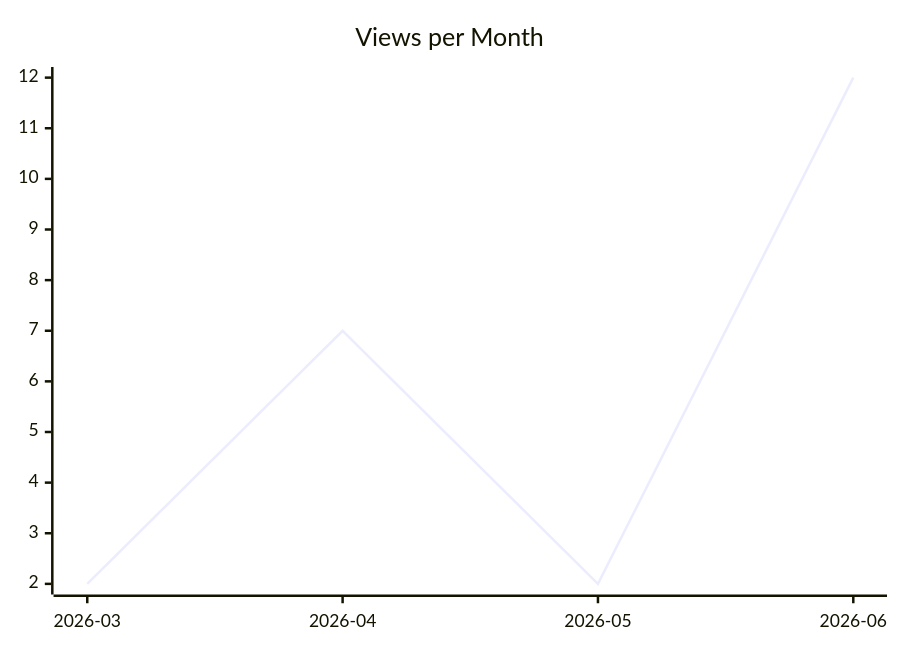
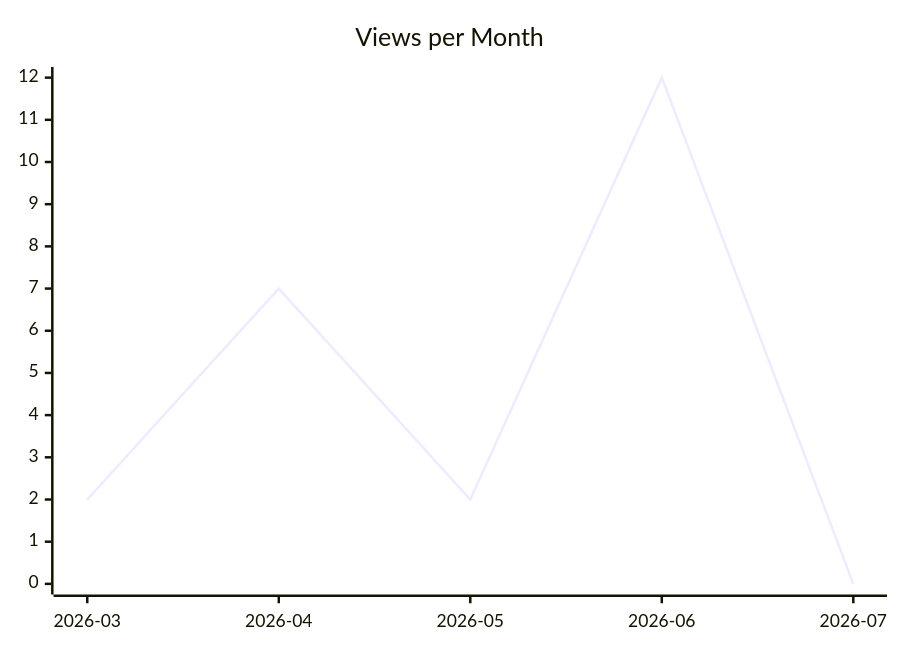
The second of 3 diagrams in karlmdavis/fhir-benchmarks/README.md (justdavis-family/github-analytics-data), drawn with Mermaid before and after one commit. The commit also changed other lines of this file and 199 other files, not shown here.

````diff
--- a/karlmdavis/fhir-benchmarks/README.md
+++ b/karlmdavis/fhir-benchmarks/README.md
@@ -12,6 +12,6 @@
 ```mermaid
 xychart-beta
   title "Views per Month"
-  x-axis ["2026-03", "2026-04", "2026-05", "2026-06"]
-  line [2, 7, 2, 12]
+  x-axis ["2026-03", "2026-04", "2026-05", "2026-06", "2026-07"]
+  line [2, 7, 2, 12, 0]
 ```
````
